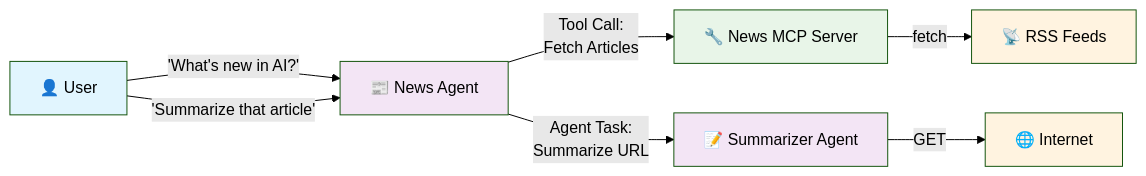
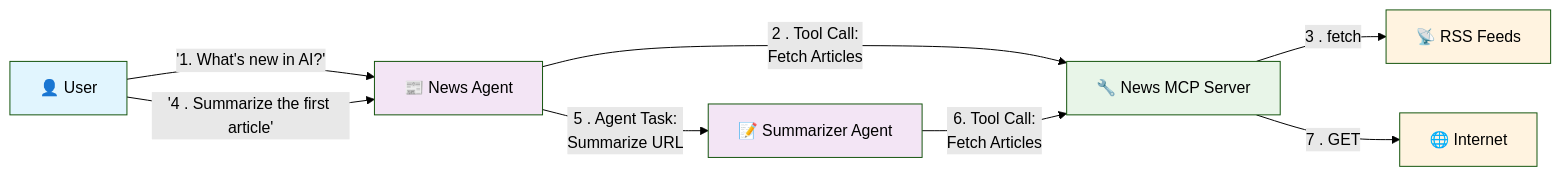
The diagram in README.md (agentic-layer/showcase-news), drawn with Mermaid (forest theme) before and after one commit. The commit also changed other lines of this file and 56 other files, not shown here.

````diff
--- a/README.md
+++ b/README.md
@@ -24,35 +26,28 @@
 ```mermaid
-  graph LR
-    User[👤 User]
-NewsAgent[📰 News Agent]
-SummarizerAgent[📝 Summarizer Agent]
-MCPServer[🔧 News MCP Server]
-
-%% User interactions
-User -->|'What's new in AI?'| NewsAgent
-User -->|'Summarize that article'| NewsAgent
-
-%% News Agent to MCP Server
-NewsAgent -->|Tool Call:<br>Fetch Articles| MCPServer
-
-
-%% News Agent to Summarizer Agent
-NewsAgent -->|Agent Task:<br>Summarize URL| SummarizerAgent
-SummarizerAgent -->|GET| Internet[🌐 Internet]
-
-
-%% MCP Server RSS Sources
-MCPServer -->|fetch| RSSFeeds[📡 RSS Feeds]
-
+graph LR
+    User["👤 User"]
+    NewsAgent["📰 News Agent"]
+    SummarizerAgent["📝 Summarizer Agent"]
+    MCPServer["🔧 News MCP Server"]
+    
+    User -->|'1. What's new in AI?'|NewsAgent
+    NewsAgent -->|2 . Tool Call:<br>Fetch Articles|MCPServer
+    MCPServer -->|3 . fetch|RSSFeeds["📡 RSS Feeds"]
+    User -->|'4 . Summarize the first article'|NewsAgent
+    NewsAgent -->|5 . Agent Task:<br>Summarize URL|SummarizerAgent
+    SummarizerAgent -->|6. Tool Call:<br>Fetch Articles|MCPServer
+    MCPServer -->|7 . GET|Internet["🌐 Internet"]
 
 %% Styling
-classDef userClass fill:#e1f5fe
-classDef agentClass fill:#f3e5f5
-classDef mcpClass fill:#e8f5e8
-classDef externalClass fill:#fff3e0
+classDef userClass fill: #e1f5fe
+classDef agentClass fill: #f3e5f5
+classDef mcpClass fill: #e8f5e8
+classDef externalClass fill: #fff3e0
 
 class User userClass
-class NewsAgent,SummarizerAgent agentClass
+class NewsAgent agentClass
+class SummarizerAgent agentClass
 class MCPServer mcpClass
-class Internet,RSSFeeds externalClass
+class Internet externalClass
+class RSSFeeds externalClass
 ```
````
